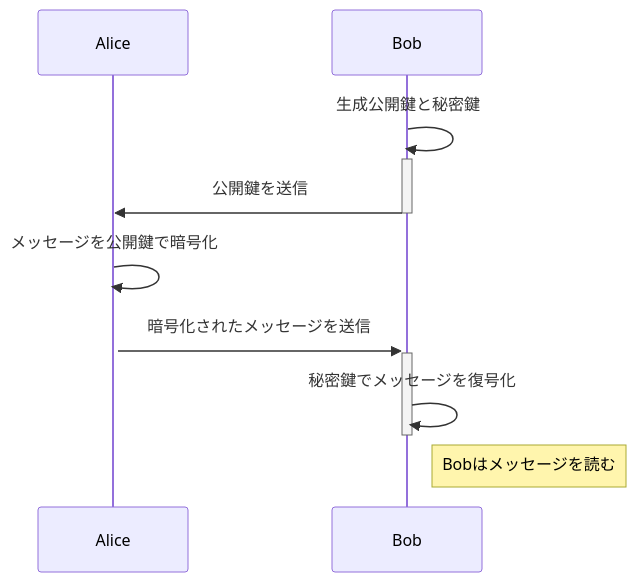
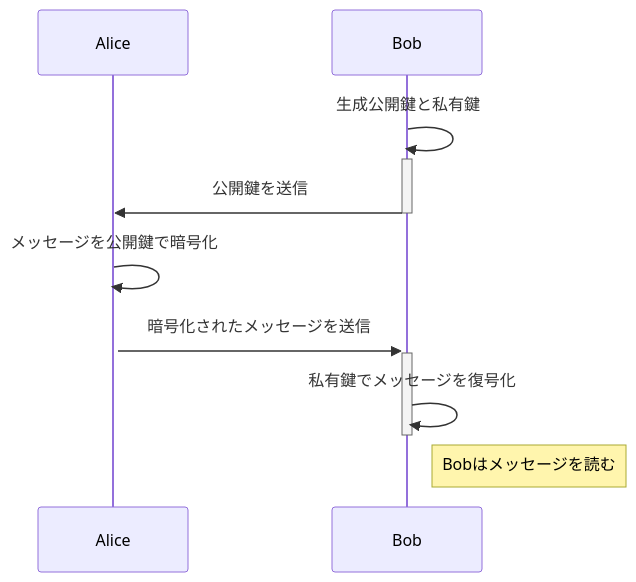
One commit to shuji-bonji/Notes-about-Digital-Signatures-and-Timestamps changed the second of 2 diagrams in PublicKeyCryptography.md. Above: the diagram before and after it, drawn with Mermaid. The commit also changed other lines of this file and 7 other files, not shown here.

````diff
--- a/PublicKeyCryptography.md
+++ b/PublicKeyCryptography.md
@@ -58,11 +58,11 @@
 ```mermaid
 sequenceDiagram
     participant Alice
     participant Bob
-    Bob->>+Bob: 生成公開鍵と秘密鍵
+    Bob->>+Bob: 生成公開鍵と私有鍵
     Bob->>-Alice: 公開鍵を送信
     Alice->>+Alice: メッセージを公開鍵で暗号化
     Alice->>+Bob: 暗号化されたメッセージを送信
-    Bob->>-Bob: 秘密鍵でメッセージを復号化
+    Bob->>-Bob: 私有鍵でメッセージを復号化
     Note right of Bob: Bobはメッセージを読む
 ```
````
